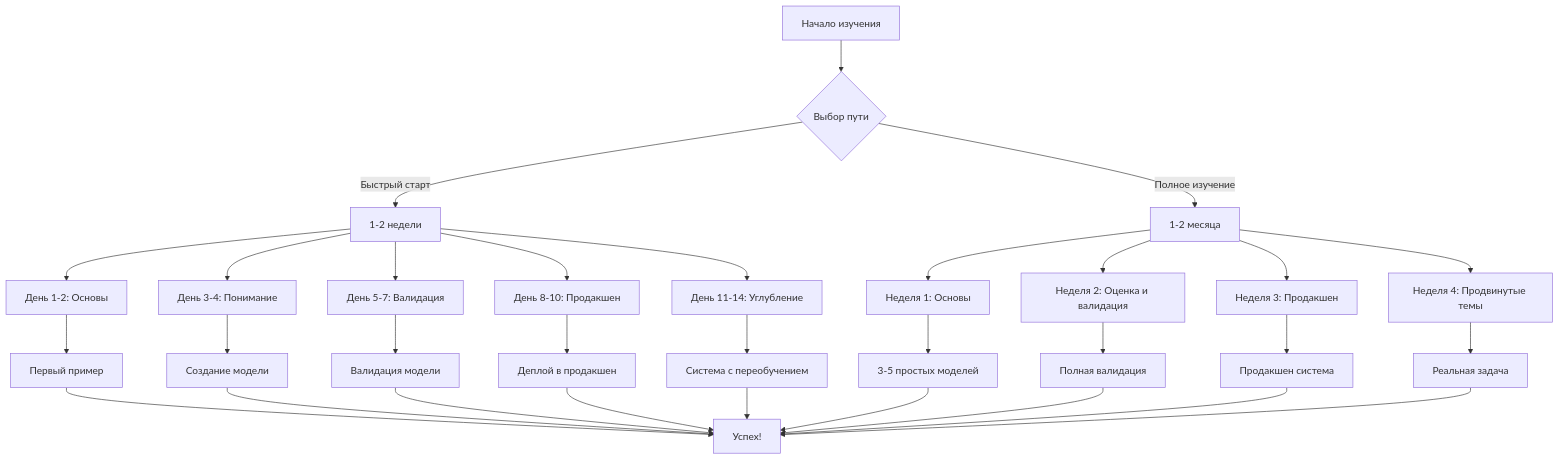
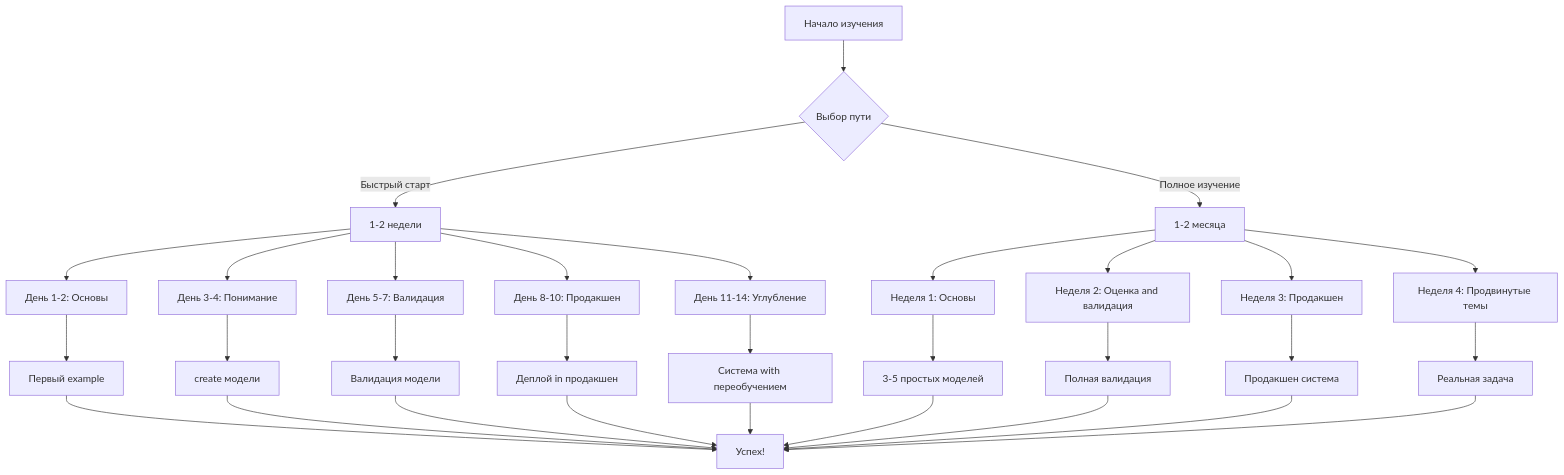
One commit to NeoZorK/neozork-hld-prediction changed the first of 8 diagrams in docs/automl/gluon/25_reading_guide.md. Above: the diagram before and after it, drawn with Mermaid. The commit also changed other lines of this file and 19 other files, not shown here.

````diff
--- a/docs/automl/gluon/25_reading_guide.md
+++ b/docs/automl/gluon/25_reading_guide.md
@@ -36,38 +36,38 @@
 ```mermaid
 graph TD
-    A[Начало изучения] --> B{Выбор пути}
-    B -->|Быстрый старт| C[1-2 недели]
-    B -->|Полное изучение| D[1-2 месяца]
-    
-    C --> C1[День 1-2: Основы]
-    C --> C2[День 3-4: Понимание]
-    C --> C3[День 5-7: Валидация]
-    C --> C4[День 8-10: Продакшен]
-    C --> C5[День 11-14: Углубление]
-    
-    D --> D1[Неделя 1: Основы]
-    D --> D2[Неделя 2: Оценка и валидация]
-    D --> D3[Неделя 3: Продакшен]
-    D --> D4[Неделя 4: Продвинутые темы]
-    
-    C1 --> E[Первый пример]
-    C2 --> F[Создание модели]
-    C3 --> G[Валидация модели]
-    C4 --> H[Деплой в продакшен]
-    C5 --> I[Система с переобучением]
-    
-    D1 --> J[3-5 простых моделей]
-    D2 --> K[Полная валидация]
-    D3 --> L[Продакшен система]
-    D4 --> M[Реальная задача]
-    
-    E --> N[Успех!]
-    F --> N
-    G --> N
-    H --> N
-    I --> N
-    J --> N
-    K --> N
-    L --> N
-    M --> N
+ A[Начало изучения] --> B{Выбор пути}
+ B -->|Быстрый старт| C[1-2 недели]
+ B -->|Полное изучение| D[1-2 месяца]
+
+ C --> C1[День 1-2: Основы]
+ C --> C2[День 3-4: Понимание]
+ C --> C3[День 5-7: Валидация]
+ C --> C4[День 8-10: Продакшен]
+ C --> C5[День 11-14: Углубление]
+
+ D --> D1[Неделя 1: Основы]
+ D --> D2[Неделя 2: Оценка and валидация]
+ D --> D3[Неделя 3: Продакшен]
+ D --> D4[Неделя 4: Продвинутые темы]
+
+ C1 --> E[Первый example]
+ C2 --> F[create модели]
+ C3 --> G[Валидация модели]
+ C4 --> H[Деплой in продакшен]
+ C5 --> I[Система with переобучением]
+
+ D1 --> J[3-5 простых моделей]
+ D2 --> K[Полная валидация]
+ D3 --> L[Продакшен система]
+ D4 --> M[Реальная задача]
+
+ E --> N[Успех!]
+ F --> N
+ G --> N
+ H --> N
+ I --> N
+ J --> N
+ K --> N
+ L --> N
+ M --> N
 ```
````
